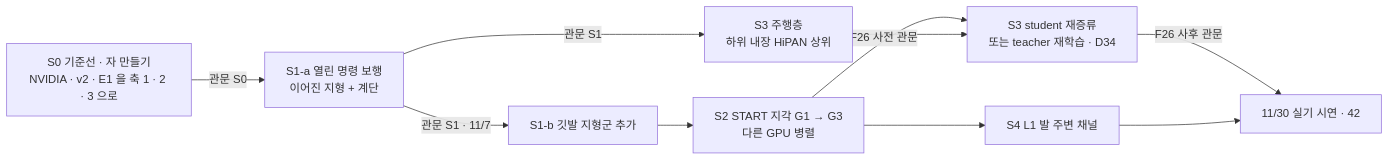
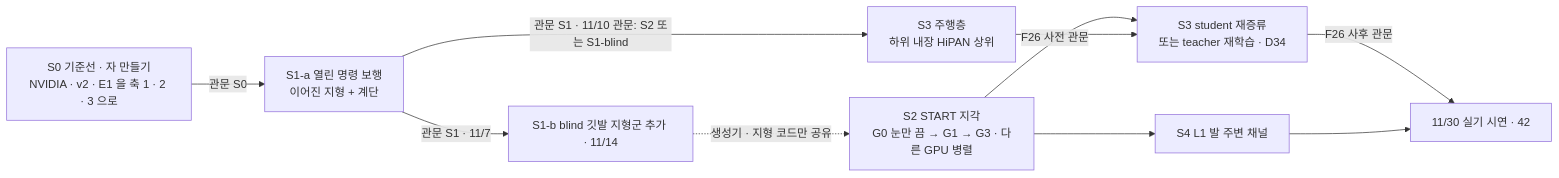
The second of 2 diagrams in inbox/jay/20261019-design/00-OVERVIEW.md (foothold-project/foothold-lab), drawn with Mermaid before and after one commit. The commit also changed other lines of this file and 23 other files, not shown here.

````diff
--- a/inbox/jay/20261019-design/00-OVERVIEW.md
+++ b/inbox/jay/20261019-design/00-OVERVIEW.md
@@ -58,12 +58,12 @@
 ```mermaid
 flowchart LR
   S0[S0 기준선 · 자 만들기<br/>NVIDIA · v2 · E1 을 축 1 · 2 · 3 으로] -->|관문 S0| S1a[S1-a 열린 명령 보행<br/>이어진 지형 + 계단]
-  S1a -->|관문 S1 · 11/7| S1b[S1-b 깃발 지형군 추가]
-  S1a -->|관문 S1| S3[S3 주행층<br/>하위 내장 HiPAN 상위]
-  S1b --> S2[S2 START 지각 G1 → G3<br/>다른 GPU 병렬]
+  S1a -->|관문 S1 · 11/7| S1b[S1-b blind 깃발 지형군 추가 · 11/14]
+  S1a -->|관문 S1 · 11/10 관문: S2 또는 S1-blind| S3[S3 주행층<br/>하위 내장 HiPAN 상위]
+  S1b -. 생성기 · 지형 코드만 공유 .-> S2[S2 START 지각<br/>G0 눈만 끔 → G1 → G3 · 다른 GPU 병렬]
   S2 -->|F26 사전 관문| RD[S3 student 재증류<br/>또는 teacher 재학습 · D34]
   S3 --> RD
   S2 --> S4[S4 L1 발 주변 채널]
   RD -->|F26 사후 관문| D[11/30 실기 시연 · 42]
   S4 --> D
 ```
````
